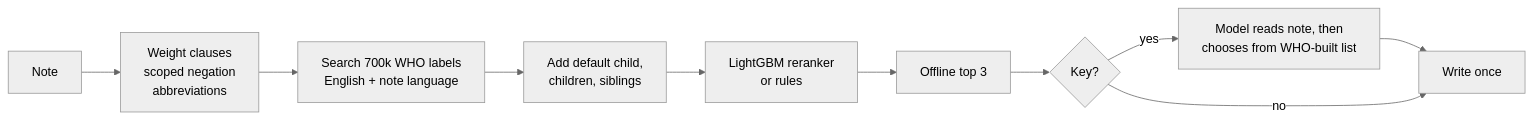
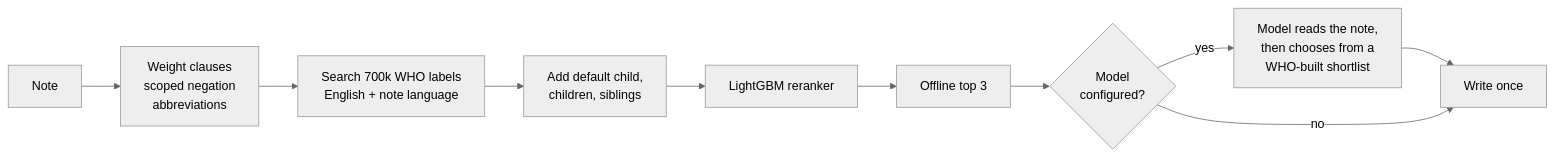
The diagram in README.md (Purv-Kabaria/sugen-icd11-coder), drawn with Mermaid (neutral theme) before and after one commit. The commit also changed other lines of this file and 4 other files, not shown here.

````diff
--- a/README.md
+++ b/README.md
@@ -22,12 +23,12 @@
 ```mermaid
 flowchart LR
     N[Note] --> C[Weight clauses<br/>scoped negation<br/>abbreviations]
     C --> S[Search 700k WHO labels<br/>English + note language]
     S --> H[Add default child,<br/>children, siblings]
-    H --> R[LightGBM reranker<br/>or rules]
+    H --> R[LightGBM reranker]
     R --> O[Offline top 3]
-    O --> M{Key?}
-    M -- yes --> L[Model reads note, then<br/>chooses from WHO-built list]
+    O --> M{Model<br/>configured?}
+    M -- yes --> L[Model reads the note,<br/>then chooses from a<br/>WHO-built shortlist]
     L --> W[Write once]
     M -- no --> W
 ```
````
